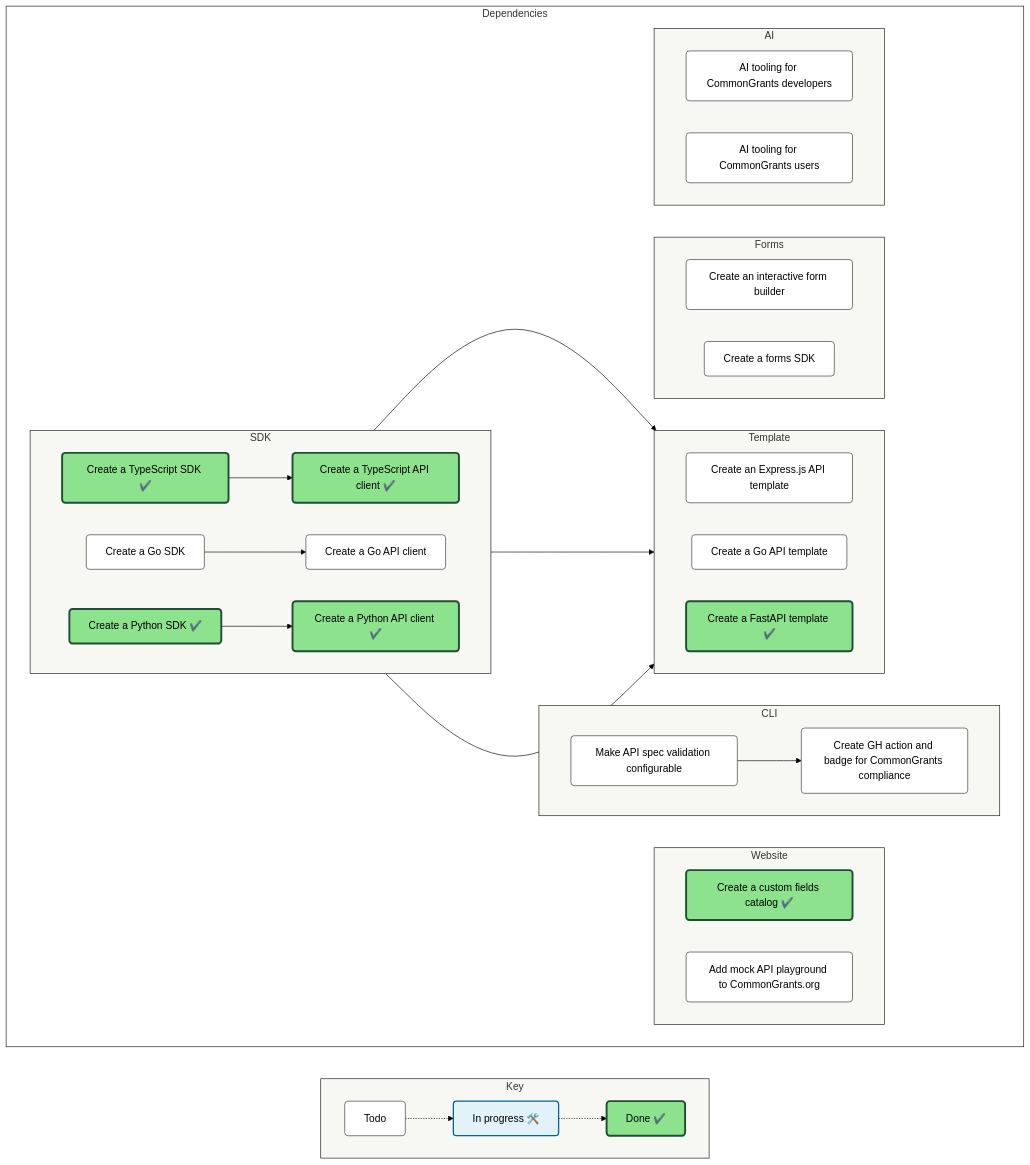
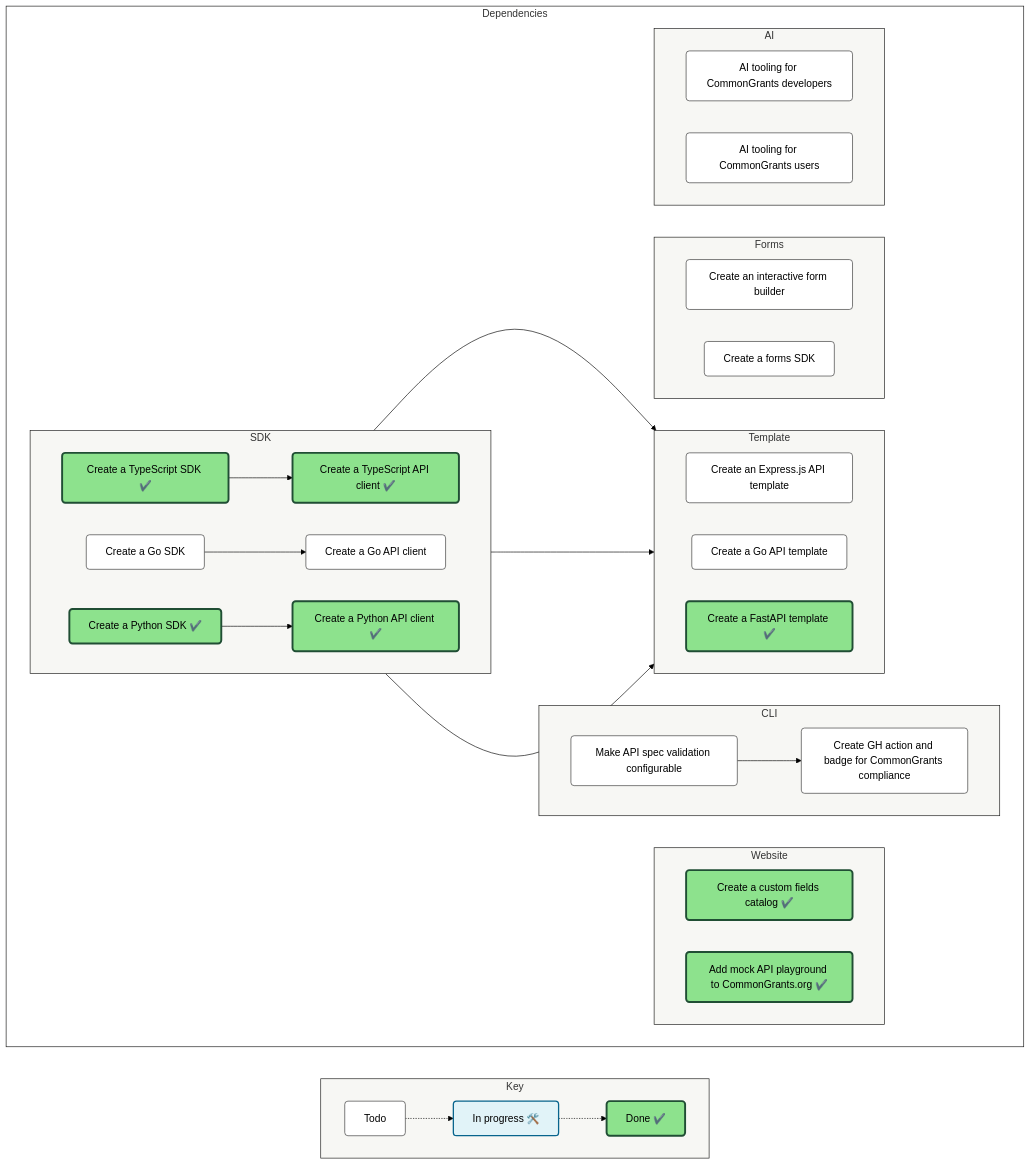
Before and after one commit to HHS/simpler-grants-protocol: the diagram in README.md, drawn with Mermaid (forest theme).

Commit message:
docs: Update README with dependency diagram

```diff
--- a/README.md
+++ b/README.md
@@ -95,7 +95,7 @@
     subgraph website["Website"]
     direction LR
         HHS/simpler-grants-protocol#330["Create a custom fields catalog ✔️"]:::Done
-        HHS/simpler-grants-protocol#334["Add mock API playground to CommonGrants.org"]
+        HHS/simpler-grants-protocol#334["Add mock API playground to CommonGrants.org ✔️"]:::Done
     end
 
 
```
